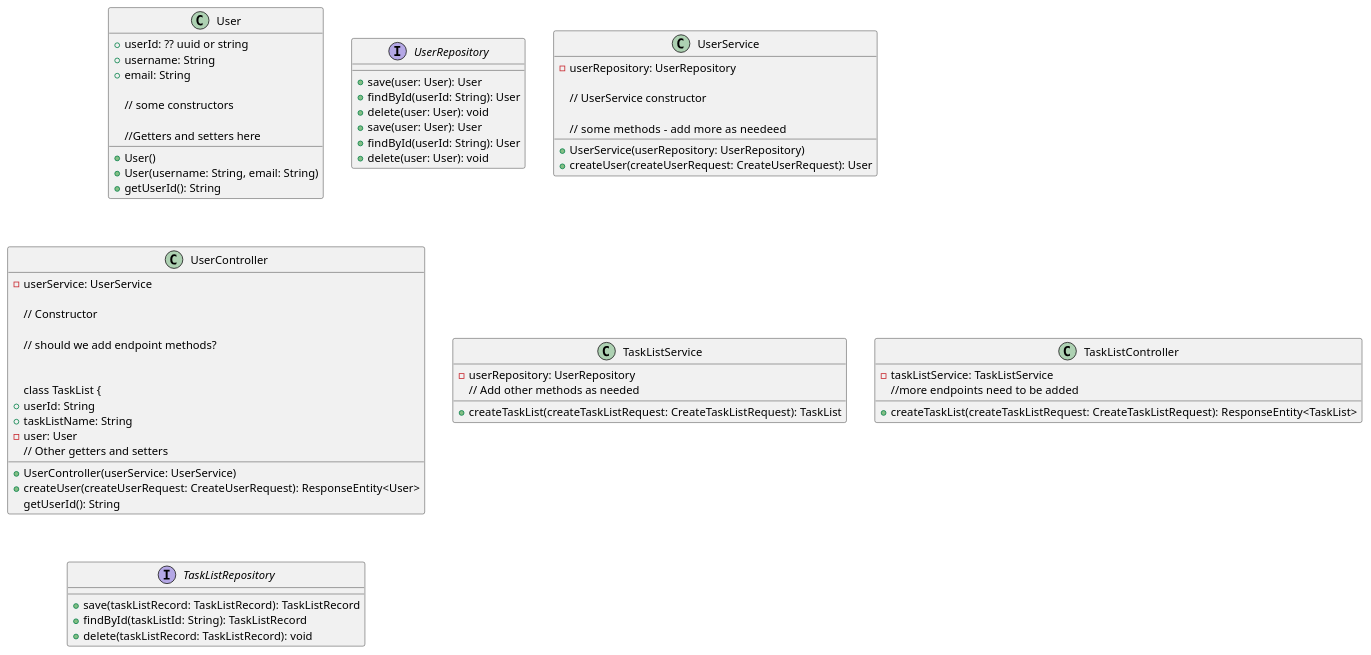
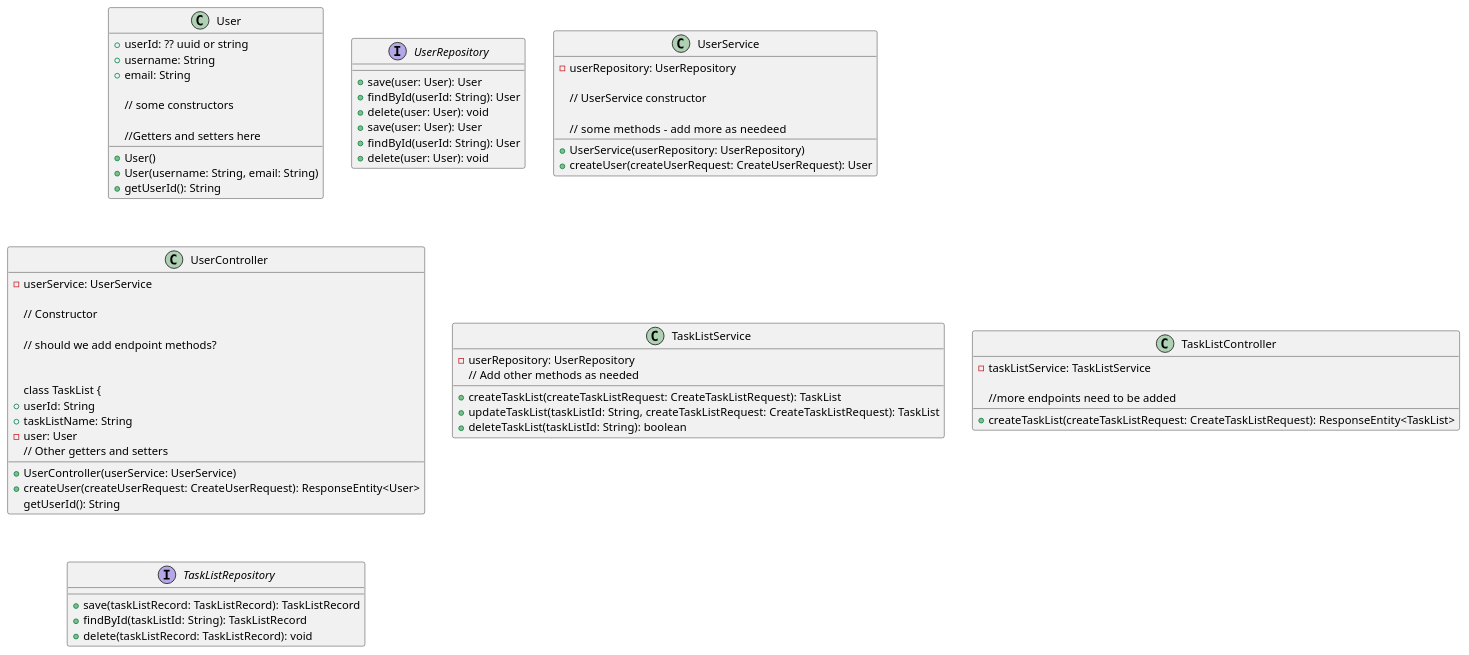
Before and after one commit to adam-knight1/streamline: the diagram in Streamline.puml, drawn with PlantUML.

Commit message:
Added updateTaskList and deleteTaskList to TaskListService in Streamline.puml

```diff
--- a/Streamline.puml
+++ b/Streamline.puml
@@ -1,74 +1,77 @@
 @startuml
 
 class User {
 +userId: ?? uuid or string
 +username: String
 +email: String
 
  // some constructors
 +User()
 +User(username: String, email: String)
 
 //Getters and setters here
 +getUserId(): String
 
 }
 interface UserRepository {
 +save(user: User): User
 +findById(userId: String): User
 +delete(user: User): void
 }
 class UserService {
 -userRepository: UserRepository
 
 // UserService constructor
 +UserService(userRepository: UserRepository)
 
 // some methods -  add more as needeed
 +createUser(createUserRequest: CreateUserRequest): User
 
 }
 
 class UserController {
 -userService: UserService
 
 // Constructor
 +UserController(userService: UserService)
 
 // should we add endpoint methods?
 +createUser(createUserRequest: CreateUserRequest): ResponseEntity<User>
 
 
 class TaskList {
 +userId: String
 +taskListName: String
 -user: User
 getUserId(): String
   // Other getters and setters
 }
 
 interface UserRepository {
 +save(user: User): User
  +findById(userId: String): User
 +delete(user: User): void
 }
 
 class TaskListService {
   -userRepository: UserRepository
   +createTaskList(createTaskListRequest: CreateTaskListRequest): TaskList
+  +updateTaskList(taskListId: String, createTaskListRequest: CreateTaskListRequest): TaskList
+  +deleteTaskList(taskListId: String): boolean
   // Add other methods as needed
 }
 
 class TaskListController {
 -taskListService: TaskListService
 +createTaskList(createTaskListRequest: CreateTaskListRequest): ResponseEntity<TaskList>
+
   //more endpoints need to be added
 }
 
 interface TaskListRepository {
 +save(taskListRecord: TaskListRecord): TaskListRecord
 +findById(taskListId: String): TaskListRecord
 +delete(taskListRecord: TaskListRecord): void
 }
 }
 @enduml
```
